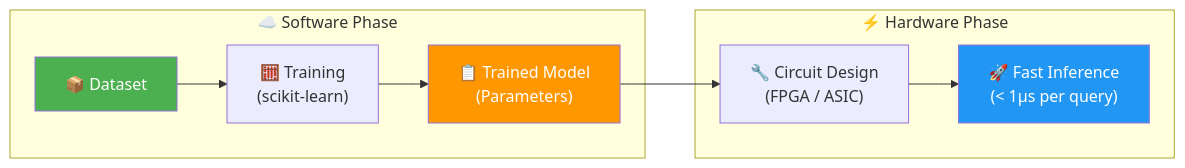
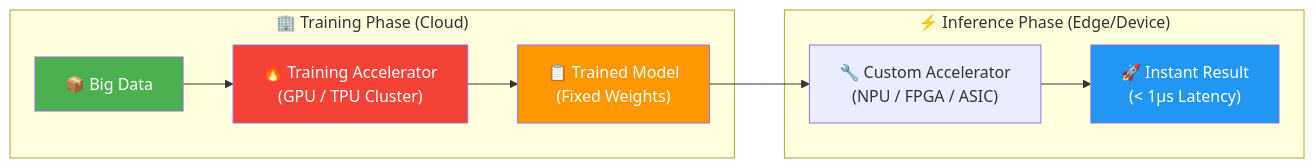
One commit to ggarg55/hardware-accelerator-design changed the first of 7 diagrams in MODULE_1_FOUNDATIONS/03_from_algorithm_to_hardware.md. Above: the diagram before and after it, drawn with Mermaid. The commit also changed other lines of this file and 16 other files, not shown here.

````diff
--- a/MODULE_1_FOUNDATIONS/03_from_algorithm_to_hardware.md
+++ b/MODULE_1_FOUNDATIONS/03_from_algorithm_to_hardware.md
@@ -23,16 +23,17 @@
 ```mermaid
 flowchart LR
-    subgraph Software["☁️ Software Phase"]
-        D["📦 Dataset"] --> T["🧮 Training<br/>(scikit-learn)"]
-        T --> M["📋 Trained Model<br/>(Parameters)"]
+    subgraph DataCenter["🏢 Training Phase (Cloud)"]
+        D["📦 Big Data"] --> T["🔥 Training Accelerator<br/>(GPU / TPU Cluster)"]
+        T --> M["📋 Trained Model<br/>(Fixed Weights)"]
     end
     
-    subgraph Hardware["⚡ Hardware Phase"]
-        M --> H["🔧 Circuit Design<br/>(FPGA / ASIC)"]
-        H --> I["🚀 Fast Inference<br/>(< 1μs per query)"]
+    subgraph Edge["⚡ Inference Phase (Edge/Device)"]
+        M --> H["🔧 Custom Accelerator<br/>(NPU / FPGA / ASIC)"]
+        H --> I["🚀 Instant Result<br/>(< 1μs Latency)"]
     end
     
     style D fill:#4CAF50,color:#fff
     style M fill:#FF9800,color:#fff
     style I fill:#2196F3,color:#fff
+    style T fill:#F44336,color:#fff
 ```
````
